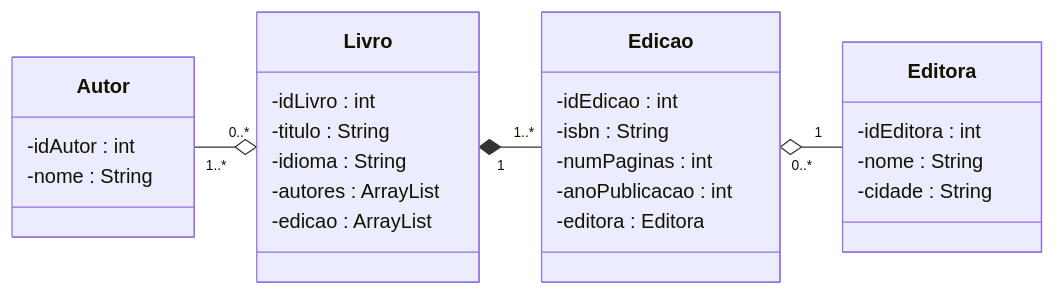
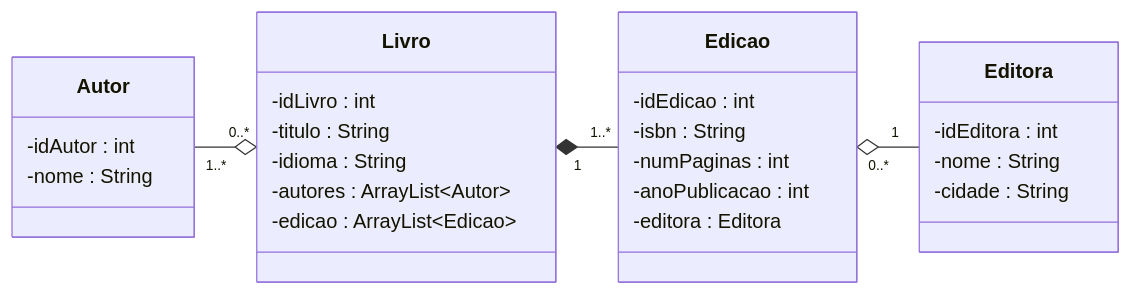
One commit to LuisEAbreu/poo changed the first of 2 diagrams in aulas/2026-10-05/projeto01/README.md. Above: the diagram before and after it, drawn with Mermaid.

Commit message:
fix: substituindo <> por ~~ para exibição correta no preview

````diff
--- a/aulas/2026-10-05/projeto01/README.md
+++ b/aulas/2026-10-05/projeto01/README.md
@@ -5,35 +5,35 @@
 ```mermaid
     classDiagram
         direction LR
         
         class Autor{
             -idAutor : int
             -nome : String
         }
         
         
         class Livro{
             -idLivro : int
             -titulo : String
             -idioma : String
-            -autores : ArrayList<Autor>
-            -edicao : ArrayList<Edicao>
+            -autores : ArrayList~Autor~
+            -edicao : ArrayList~Edicao~
         }
         class Editora{
             -idEditora : int
             -nome : String
             -cidade : String
         }
         
         class Edicao{
             -idEdicao : int
             -isbn : String
             -numPaginas : int
             -anoPublicacao : int
             -editora : Editora
         }
         
         Autor "1..*" --o "0..*" Livro
         Livro "1" *-- "1..*" Edicao
         Edicao "0..*" o-- "1" Editora
 ```
````
